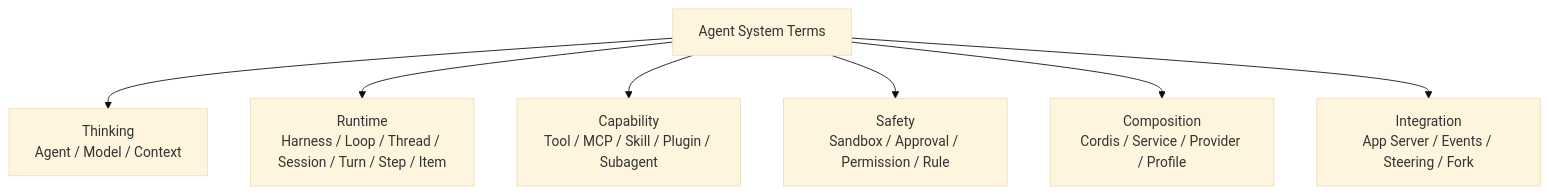
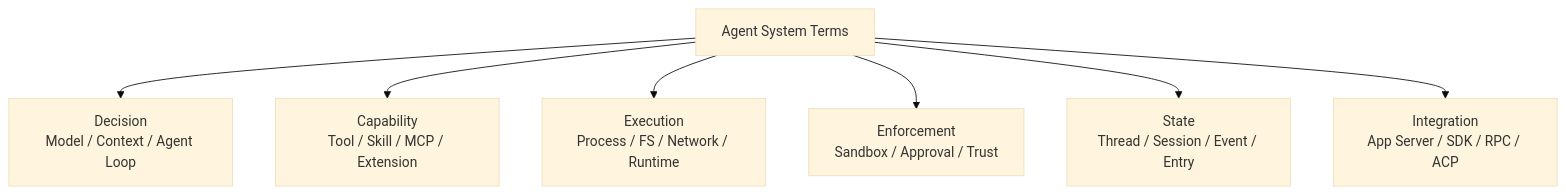
One commit to indigofeather/harness-book changed the diagram in docs/reference/glossary.md. Above: the diagram before and after it, drawn with Mermaid (base theme). The commit also changed other lines of this file and 48 other files, not shown here.

````diff
--- a/docs/reference/glossary.md
+++ b/docs/reference/glossary.md
@@ -9,10 +9,10 @@
 ```mermaid
 flowchart TB
   A[Agent System Terms]
-  A --> B[Thinking\nAgent / Model / Context]
-  A --> C[Runtime\nHarness / Loop / Thread / Session / Turn / Step / Item]
-  A --> D[Capability\nTool / MCP / Skill / Plugin / Subagent]
-  A --> E[Safety\nSandbox / Approval / Permission / Rule]
-  A --> F[Composition\nCordis / Service / Provider / Profile]
-  A --> G[Integration\nApp Server / Events / Steering / Fork]
+  A --> B[Decision\nModel / Context / Agent Loop]
+  A --> C[Capability\nTool / Skill / MCP / Extension]
+  A --> D[Execution\nProcess / FS / Network / Runtime]
+  A --> E[Enforcement\nSandbox / Approval / Trust]
+  A --> F[State\nThread / Session / Event / Entry]
+  A --> G[Integration\nApp Server / SDK / RPC / ACP]
 ```
````
